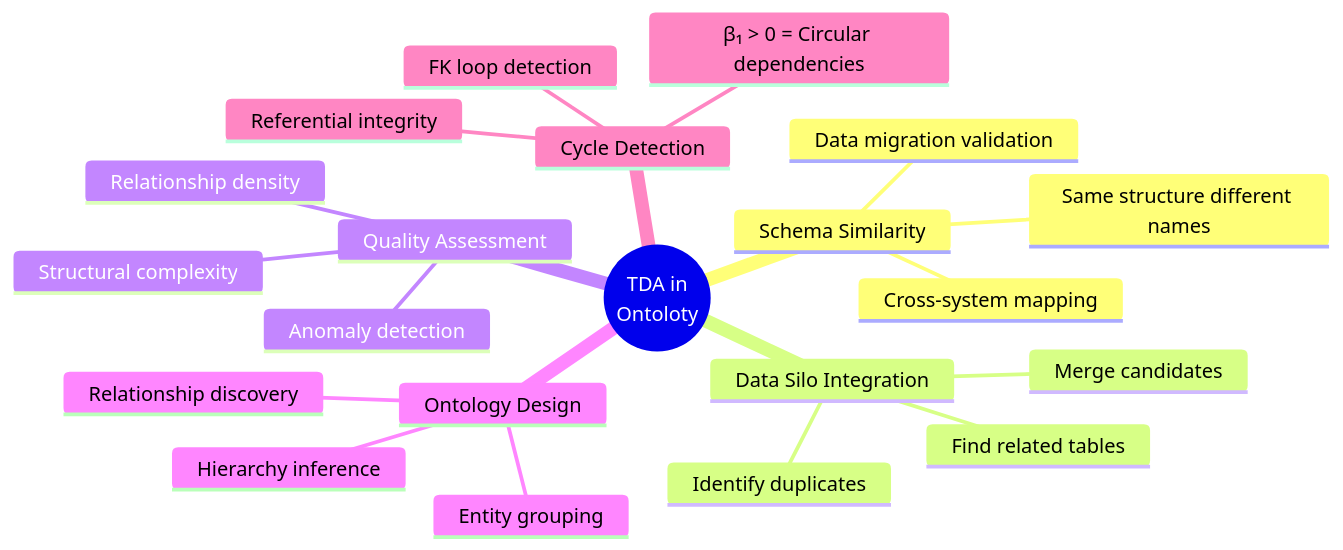
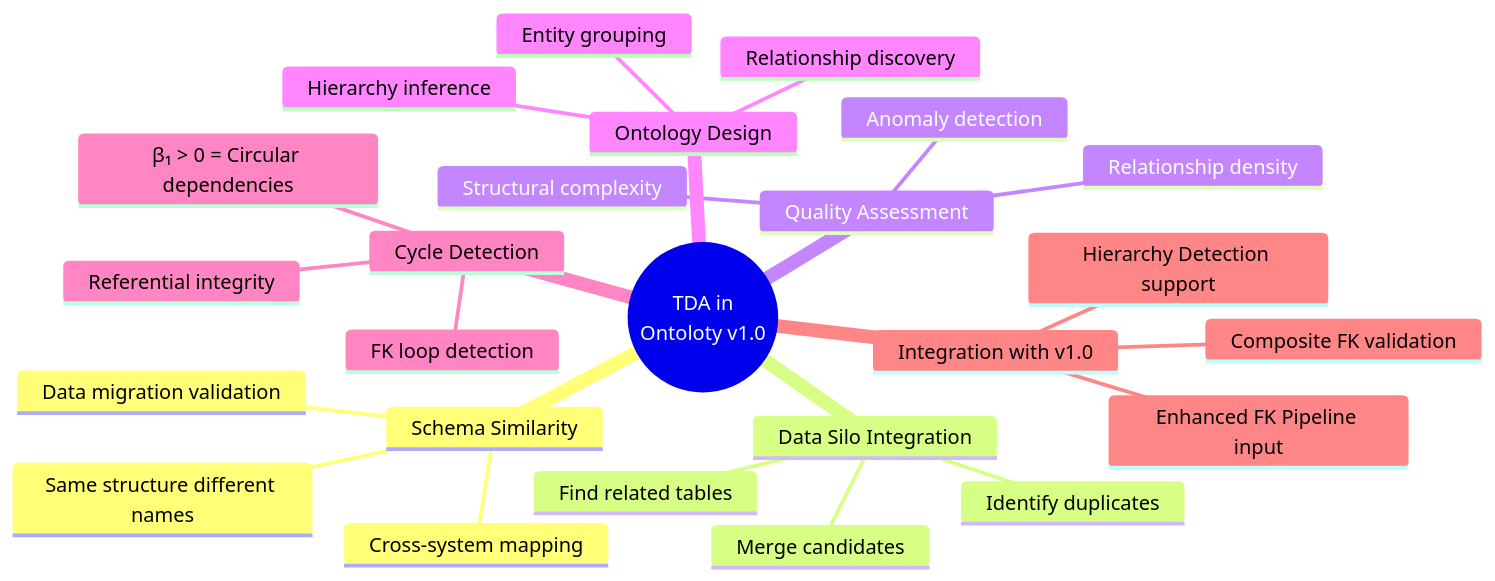
One commit to sabill123/ontology changed the seventh of 11 diagrams in docs/diagrams/07-tda-analysis.md. Above: the diagram before and after it, drawn with Mermaid. The commit also changed other lines of this file and 176 other files, not shown here.

````diff
--- a/docs/diagrams/07-tda-analysis.md
+++ b/docs/diagrams/07-tda-analysis.md
@@ -306,24 +306,28 @@
 ```mermaid
 mindmap
-    root((TDA in<br/>Ontoloty))
+    root((TDA in<br/>Ontoloty v1.0))
         Schema Similarity
             Same structure different names
             Cross-system mapping
             Data migration validation
         Data Silo Integration
             Find related tables
             Identify duplicates
             Merge candidates
         Quality Assessment
             Structural complexity
             Relationship density
             Anomaly detection
         Ontology Design
             Entity grouping
             Hierarchy inference
             Relationship discovery
         Cycle Detection
             β₁ > 0 = Circular dependencies
             FK loop detection
             Referential integrity
+        Integration with v1.0
+            Enhanced FK Pipeline input
+            Hierarchy Detection support
+            Composite FK validation
 ```
````
